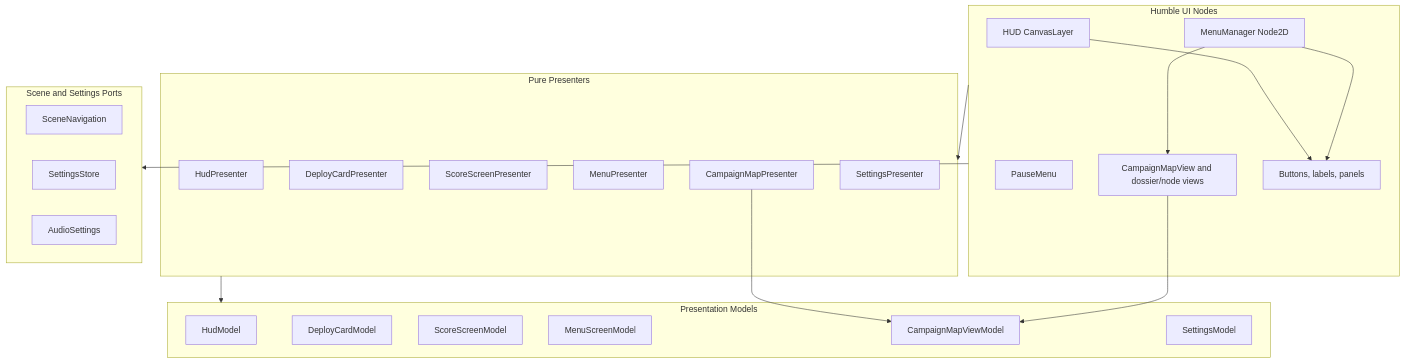
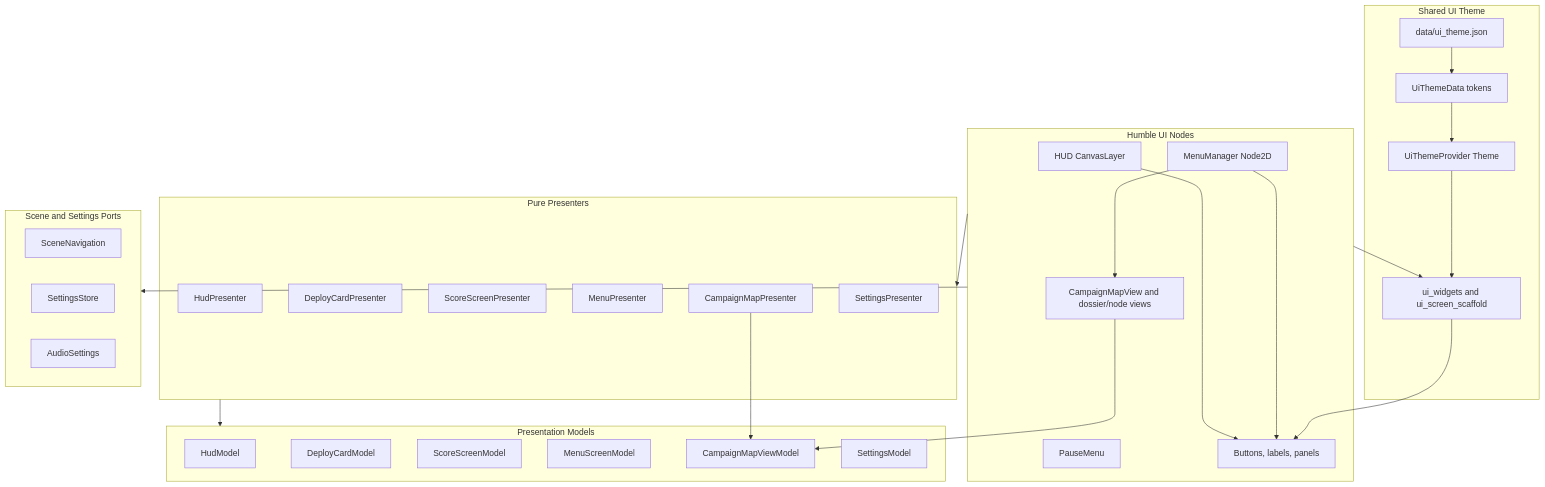
Before and after one commit to e-soul/defn: the seventh of 9 diagrams in ARCH.md, drawn with Mermaid. The commit also changed other lines of this file and 49 other files, not shown here.

````diff
--- a/ARCH.md
+++ b/ARCH.md
@@ -379,43 +382,55 @@
 ```mermaid
 flowchart TB
     subgraph PresentationModels[Presentation Models]
         HudModel[HudModel]
         DeployCardModel[DeployCardModel]
         ScoreScreenModel[ScoreScreenModel]
         MenuScreenModel[MenuScreenModel]
         CampaignMapModel[CampaignMapViewModel]
         SettingsModel[SettingsModel]
     end
 
     subgraph Presenters[Pure Presenters]
         HudPresenter[HudPresenter]
         DeployCardPresenter[DeployCardPresenter]
         ScorePresenter[ScoreScreenPresenter]
         MenuPresenter[MenuPresenter]
         CampaignMapPresenter[CampaignMapPresenter]
         SettingsPresenter[SettingsPresenter]
     end
 
     subgraph UiAdapters[Humble UI Nodes]
         HUD[HUD CanvasLayer]
         MenuManager[MenuManager Node2D]
         PauseMenu[PauseMenu]
         CampaignMapView[CampaignMapView and dossier/node views]
         GodotControls[Buttons, labels, panels]
     end
 
+    subgraph ThemeLayer[Shared UI Theme]
+        UiThemeJson[data/ui_theme.json]
+        UiThemeData[UiThemeData tokens]
+        UiThemeProvider[UiThemeProvider Theme]
+        UiWidgets[ui_widgets and ui_screen_scaffold]
+    end
+
     subgraph ScenePorts[Scene and Settings Ports]
         SceneNavigationPort[SceneNavigation]
         SettingsPort[SettingsStore]
         AudioSettingsPort[AudioSettings]
     end
 
     Presenters --> PresentationModels
     UiAdapters --> Presenters
     UiAdapters --> ScenePorts
     HUD --> GodotControls
     MenuManager --> GodotControls
     CampaignMapPresenter --> CampaignMapModel
     CampaignMapView --> CampaignMapModel
     MenuManager --> CampaignMapView
+    UiThemeJson --> UiThemeData
+    UiThemeData --> UiThemeProvider
+    UiThemeProvider --> UiWidgets
+    UiWidgets --> GodotControls
+    UiAdapters --> UiWidgets
 ```
````
